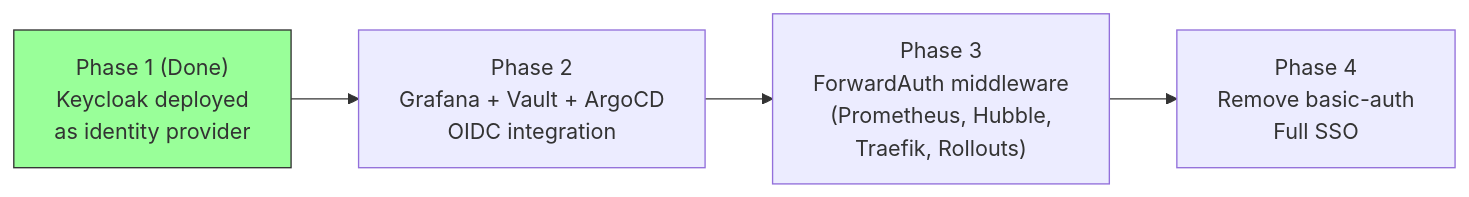
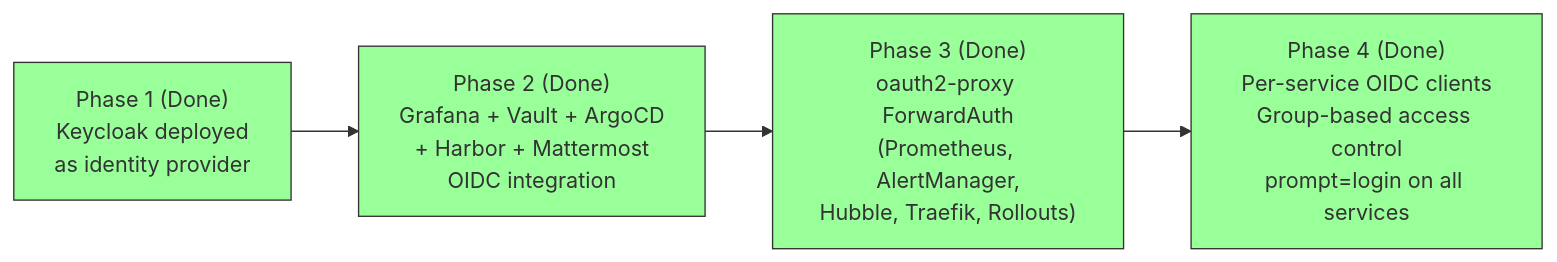
One commit to derhornspieler/harvester-rke2-platform changed diagram 16 of 26 in docs/engineering/system-architecture.md. Above: the diagram before and after it, drawn with Mermaid. The commit also changed other lines of this file and 38 other files, not shown here.

````diff
--- a/docs/engineering/system-architecture.md
+++ b/docs/engineering/system-architecture.md
@@ -804,11 +806,14 @@
 ```mermaid
 graph LR
     P1["Phase 1 (Done)<br/>Keycloak deployed<br/>as identity provider"]
-    P2["Phase 2<br/>Grafana + Vault + ArgoCD<br/>OIDC integration"]
-    P3["Phase 3<br/>ForwardAuth middleware<br/>(Prometheus, Hubble,<br/>Traefik, Rollouts)"]
-    P4["Phase 4<br/>Remove basic-auth<br/>Full SSO"]
+    P2["Phase 2 (Done)<br/>Grafana + Vault + ArgoCD<br/>+ Harbor + Mattermost<br/>OIDC integration"]
+    P3["Phase 3 (Done)<br/>oauth2-proxy ForwardAuth<br/>(Prometheus, AlertManager,<br/>Hubble, Traefik, Rollouts)"]
+    P4["Phase 4 (Done)<br/>Per-service OIDC clients<br/>Group-based access control<br/>prompt=login on all services"]
 
     P1 --> P2 --> P3 --> P4
 
     style P1 fill:#9f9,stroke:#333
+    style P2 fill:#9f9,stroke:#333
+    style P3 fill:#9f9,stroke:#333
+    style P4 fill:#9f9,stroke:#333
 ```
````
